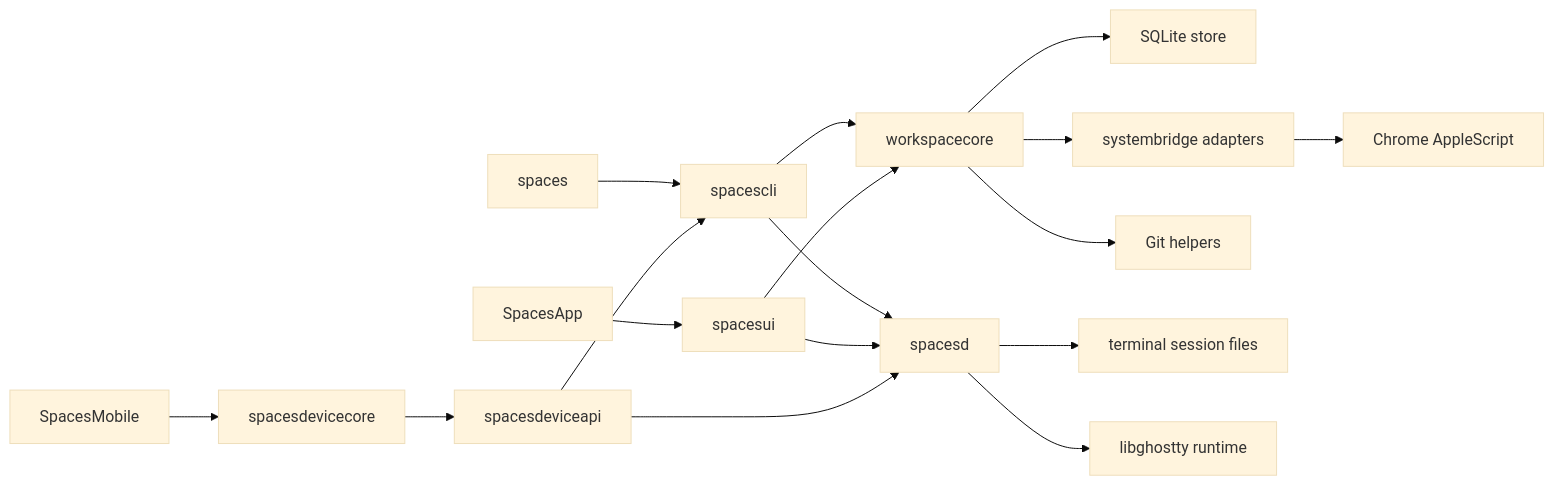
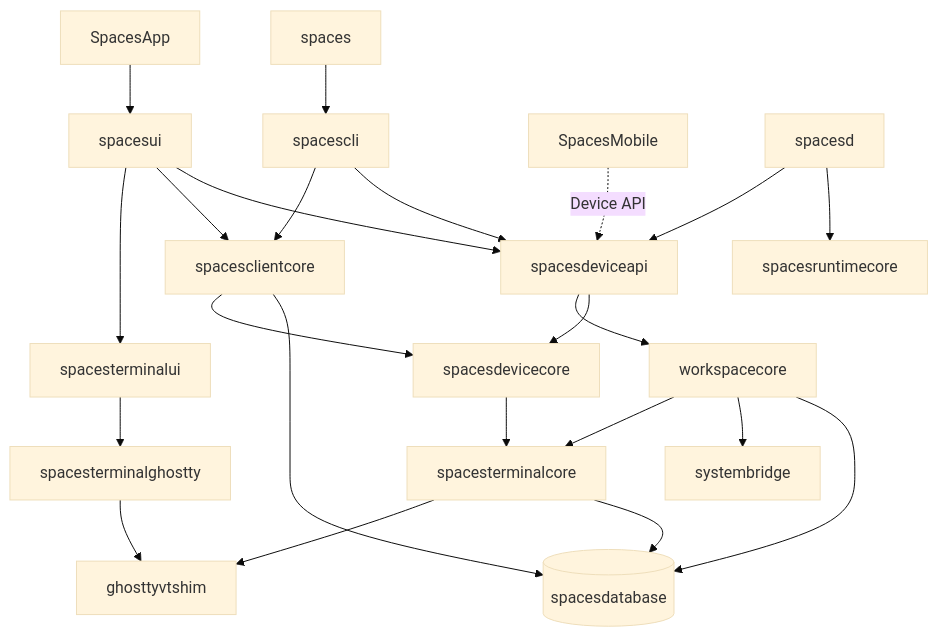
Before and after one commit to yogesh-dhande/spaces: the first of 4 diagrams in docs/implementation.md, drawn with Mermaid (base theme). The commit also changed other lines of this file and 2 other files, not shown here.

````diff
--- a/docs/implementation.md
+++ b/docs/implementation.md
@@ -17,22 +30,28 @@
 ```mermaid
-flowchart LR
-  cli["spaces"] --> spacescli["spacescli"]
-  spacescli --> stream["workspacecore"]
-  spacescli --> terminalservice["spacesd"]
-  app["SpacesApp"] --> spacesui["spacesui"]
-  spacesui --> stream
-  spacesui --> terminalservice
-  ios["SpacesMobile"] --> devicecore["spacesdevicecore"]
-  devicecore --> deviceapi["spacesdeviceapi"]
-  deviceapi --> terminalservice
-  deviceapi --> spacescli
+flowchart TD
+  SpacesApp --> spacesui
+  spaces --> spacescli
+  SpacesMobile -.->|Device API| spacesdeviceapi
 
-  stream --> store["SQLite store"]
-  stream --> systembridge["systembridge adapters"]
-  stream --> git["Git helpers"]
+  spacesui --> spacesterminalui
+  spacesui --> spacesclientcore
+  spacesui --> spacesdeviceapi
+  spacescli --> spacesclientcore
+  spacescli --> spacesdeviceapi
+  spacesd --> spacesdeviceapi
+  spacesd --> spacesruntimecore
 
-  terminalservice --> terminalfiles["terminal session files"]
-  terminalservice --> ghostty["libghostty runtime"]
+  spacesdeviceapi --> workspacecore
+  spacesdeviceapi --> spacesdevicecore
+  spacesclientcore --> spacesdevicecore
+  spacesdevicecore --> spacesterminalcore
+  workspacecore --> spacesterminalcore
+  workspacecore --> systembridge
+  spacesterminalui --> spacesterminalghostty
+  spacesterminalghostty --> ghosttyvtshim
+  spacesterminalcore --> ghosttyvtshim
 
-  systembridge --> chrome["Chrome AppleScript"]
+  workspacecore --> storage[("spacesdatabase")]
+  spacesterminalcore --> storage
+  spacesclientcore --> storage
 ```
````
